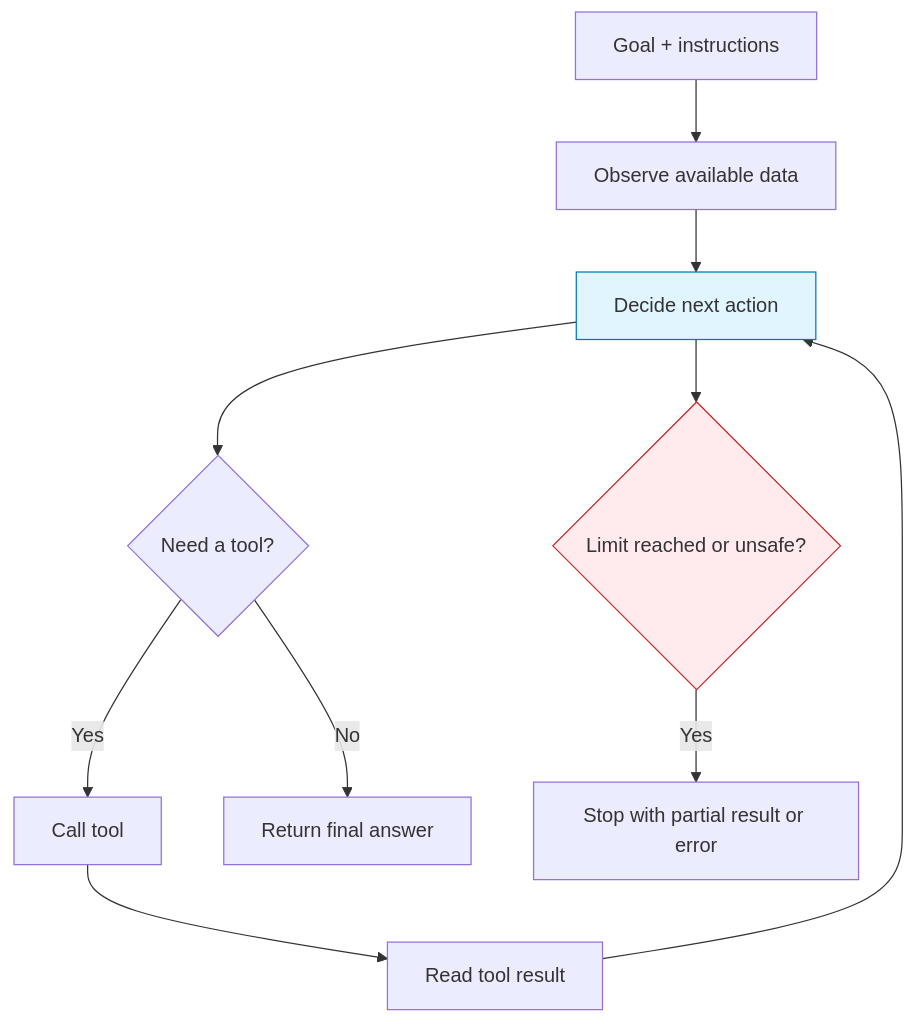
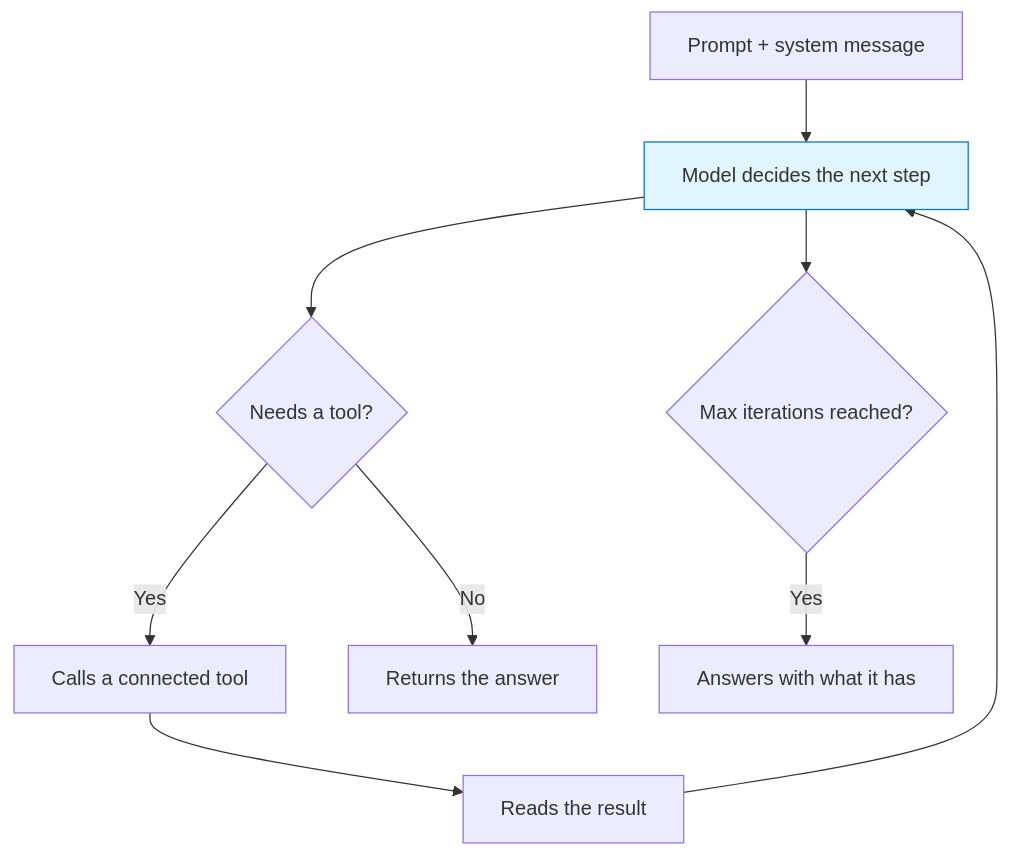
One commit to agentic-com/Agentic-Flow-Doc changed the first of 2 diagrams in src/content/docs/advanced-ai/concepts/ai-agents.mdx. Above: the diagram before and after it, drawn with Mermaid. The commit also changed other lines of this file and 19 other files, not shown here.

````diff
--- a/src/content/docs/advanced-ai/concepts/ai-agents.mdx
+++ b/src/content/docs/advanced-ai/concepts/ai-agents.mdx
@@ -16,15 +18,13 @@
 ```mermaid
 flowchart TD
-  Goal["Goal + instructions"] --> Observe["Observe available data"]
-  Observe --> Decide["Decide next action"]
-  Decide --> Tool{"Need a tool?"}
-  Tool -->|Yes| Call["Call tool"]
-  Call --> Result["Read tool result"]
+  Goal["Prompt + system message"] --> Decide["Model decides the next step"]
+  Decide --> Tool{"Needs a tool?"}
+  Tool -->|Yes| Call["Calls a connected tool"]
+  Call --> Result["Reads the result"]
   Result --> Decide
-  Tool -->|No| Answer["Return final answer"]
-  Decide --> Stop{"Limit reached or unsafe?"}
-  Stop -->|Yes| Fallback["Stop with partial result or error"]
+  Tool -->|No| Answer["Returns the answer"]
+  Decide --> Stop{"Max iterations reached?"}
+  Stop -->|Yes| Partial["Answers with what it has"]
 
   style Decide fill:#e1f5fe,stroke:#0277bd
-  style Stop fill:#ffebee,stroke:#c62828
 ```
````
